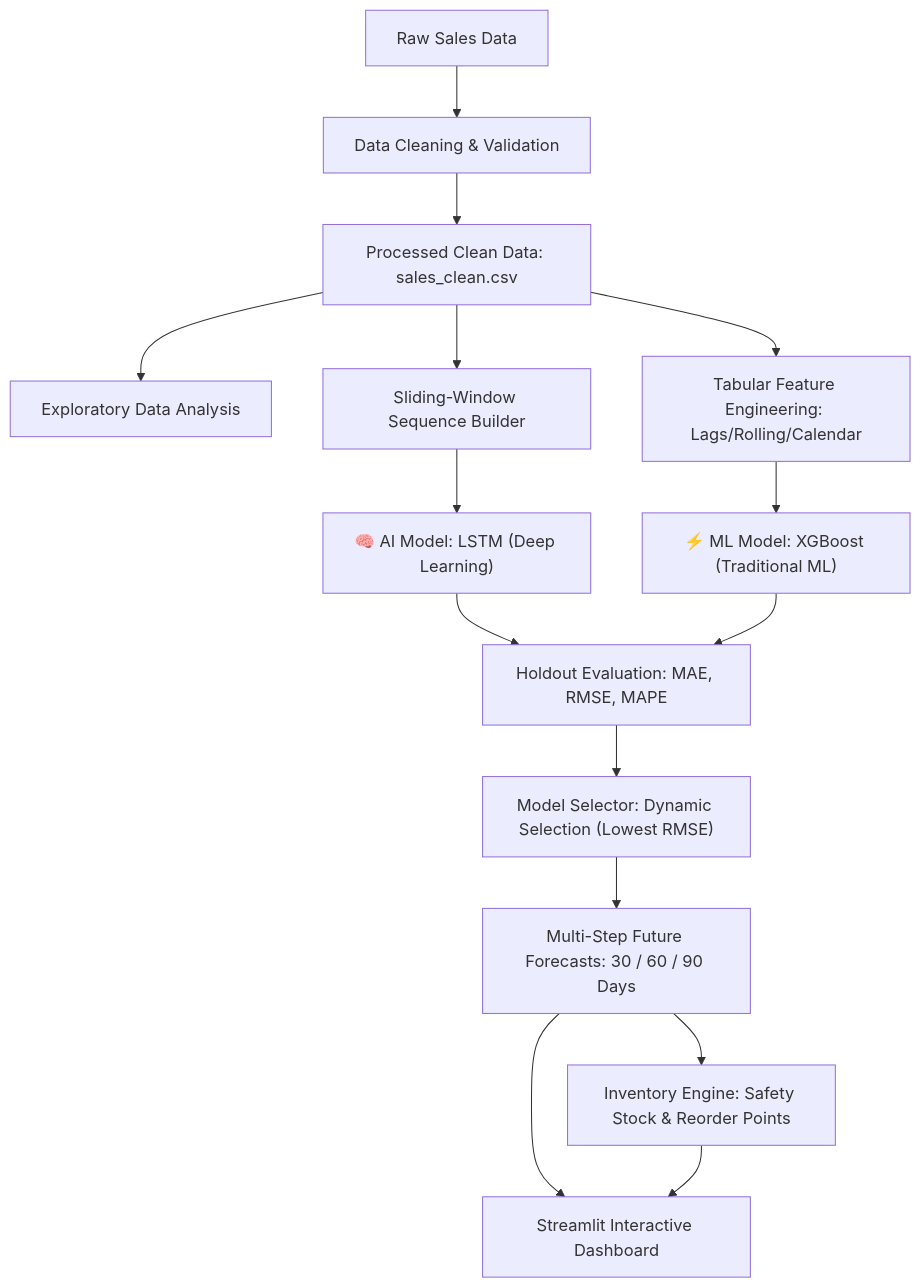
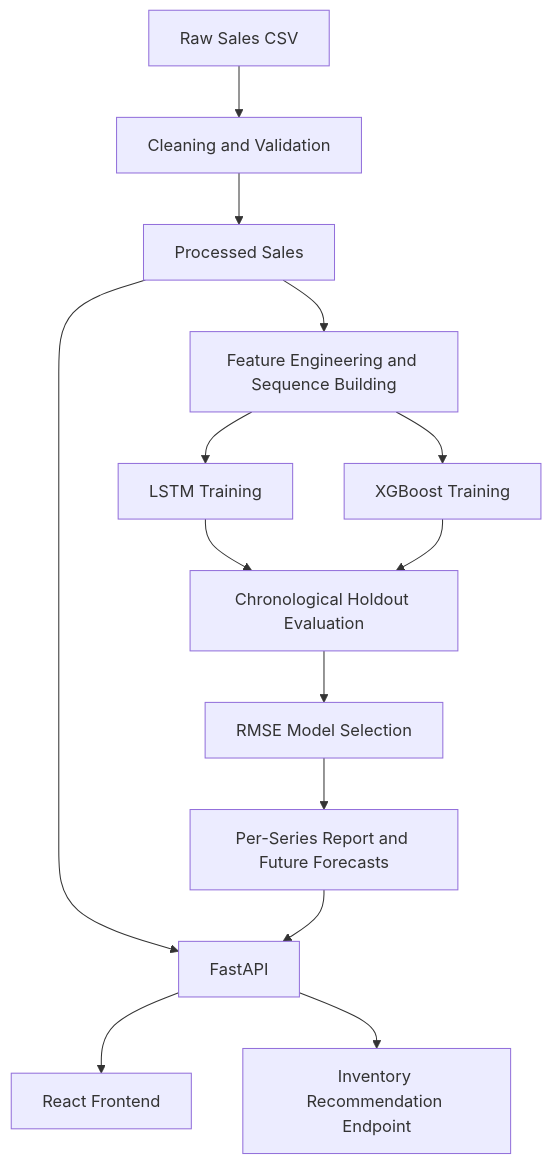
The diagram in architecture.md (Sandipannnn/RetailLens), drawn with Mermaid before and after one commit. The commit also changed other lines of this file and 37 other files, not shown here.

Commit message:
Changes in frontend and dashboard loading methods optimized the model selection and added search by date features

````diff
--- a/architecture.md
+++ b/architecture.md
@@ -13,22 +9,16 @@
 ```mermaid
 graph TD
-    A[Raw Sales Data] --> B[Data Cleaning & Validation]
-    B --> C[Processed Clean Data: sales_clean.csv]
-    
-    C --> D[Exploratory Data Analysis]
-    C --> E[Sliding-Window Sequence Builder]
-    C --> F[Tabular Feature Engineering: Lags/Rolling/Calendar]
-    
-    E --> G["🧠 AI Model: LSTM (Deep Learning)"]
-    F --> H["⚡ ML Model: XGBoost (Traditional ML)"]
-    
-    G --> I[Holdout Evaluation: MAE, RMSE, MAPE]
-    H --> I
-    
-    I --> J["Model Selector: Dynamic Selection (Lowest RMSE)"]
-    J --> K[Multi-Step Future Forecasts: 30 / 60 / 90 Days]
-    
-    K --> L[Inventory Engine: Safety Stock & Reorder Points]
-    K --> M[Streamlit Interactive Dashboard]
-    L --> M
+    A[Raw Sales CSV] --> B[Cleaning and Validation]
+    B --> C[Processed Sales]
+    C --> D[Feature Engineering and Sequence Building]
+    D --> E[LSTM Training]
+    D --> F[XGBoost Training]
+    E --> G[Chronological Holdout Evaluation]
+    F --> G
+    G --> H[RMSE Model Selection]
+    H --> I[Per-Series Report and Future Forecasts]
+    C --> J[FastAPI]
+    I --> J
+    J --> K[React Frontend]
+    J --> L[Inventory Recommendation Endpoint]
 ```
````
